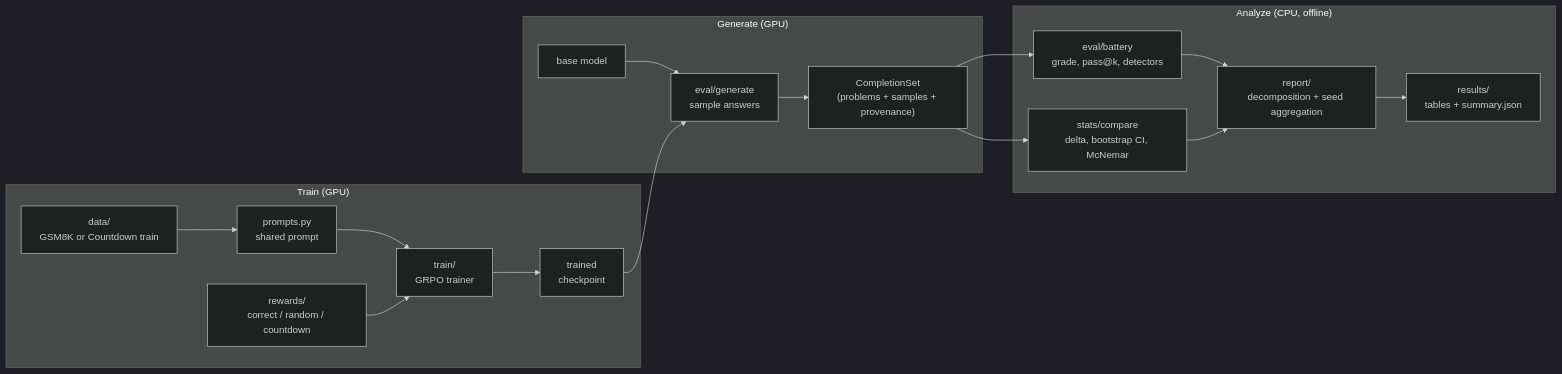
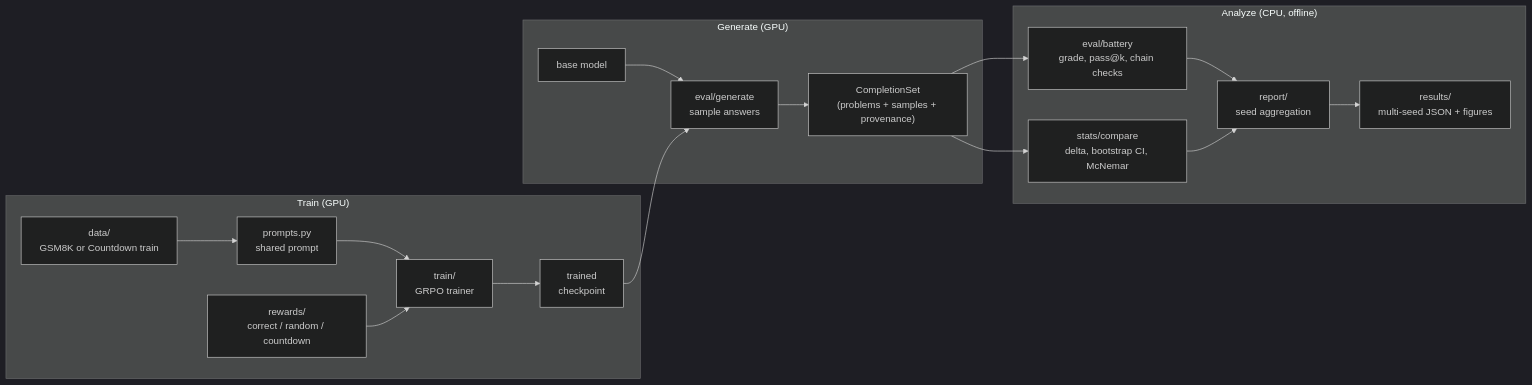
One commit to adamthuvesen/grpo-decomp changed the second of 5 diagrams in docs/architecture.md. Above: the diagram before and after it, drawn with Mermaid (dark theme). The commit also changed other lines of this file and 53 other files, not shown here.

````diff
--- a/docs/architecture.md
+++ b/docs/architecture.md
@@ -50,21 +50,21 @@
 ```mermaid
 flowchart LR
     subgraph p1["Train (GPU)"]
         D["data/<br/>GSM8K or Countdown train"] --> P["prompts.py<br/>shared prompt"]
         P --> T["train/<br/>GRPO trainer"]
         R["rewards/<br/>correct / random / countdown"] --> T
         T --> M["trained<br/>checkpoint"]
     end
     subgraph p2["Generate (GPU)"]
         BASE["base model"] --> G["eval/generate<br/>sample answers"]
         M --> G
         G --> CS["CompletionSet<br/>(problems + samples + provenance)"]
     end
     subgraph p3["Analyze (CPU, offline)"]
-        CS --> B["eval/battery<br/>grade, pass@k, detectors"]
+        CS --> B["eval/battery<br/>grade, pass@k, chain checks"]
         CS --> C["stats/compare<br/>delta, bootstrap CI, McNemar"]
-        B --> REP["report/<br/>decomposition + seed aggregation"]
+        B --> REP["report/<br/>seed aggregation"]
         C --> REP
-        REP --> RES["results/<br/>tables + summary.json"]
+        REP --> RES["results/<br/>multi-seed JSON + figures"]
     end
 ```
````
